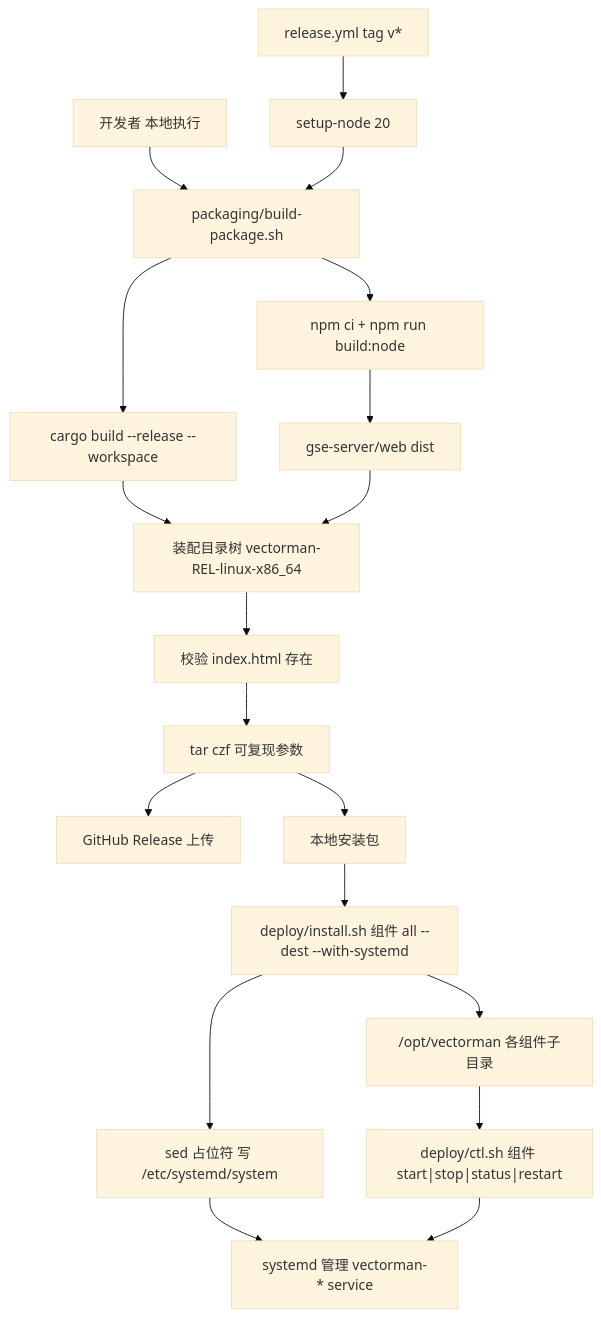
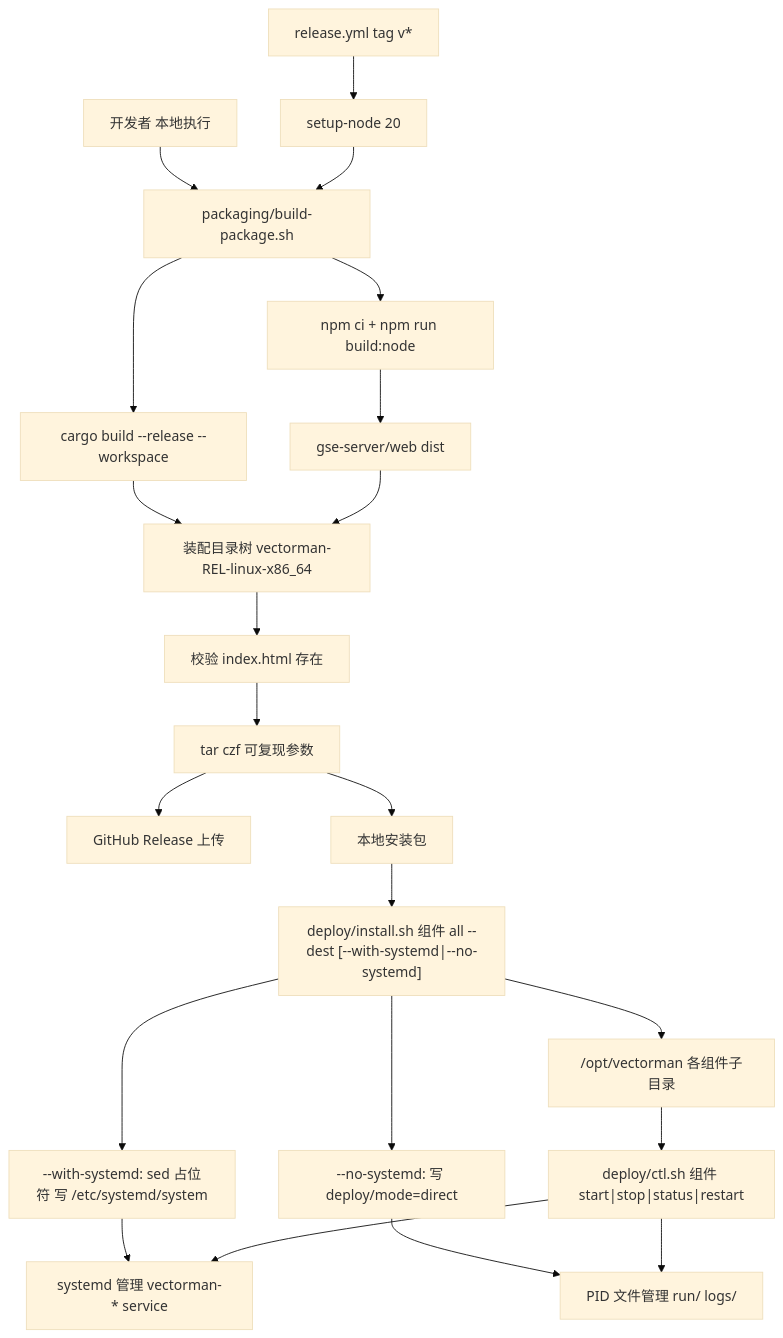
The diagram in .monkeycode/specs/deploy-packaging/design.md (abrance/vectorman), drawn with Mermaid (base theme) before and after one commit. The commit also changed other lines of this file and 4 other files, not shown here.

Commit message:
fix: gse-server accept 异常隔离 + install/ctl 增加无 systemd direct 模式 Co-authored-by: monkeycode-ai <monkeycode-ai@chaitin.com>

````diff
--- a/.monkeycode/specs/deploy-packaging/design.md
+++ b/.monkeycode/specs/deploy-packaging/design.md
@@ -12,21 +12,24 @@
 ```mermaid
 graph TD
     DEV["开发者 本地执行"] --> BP["packaging/build-package.sh"]
     CI["release.yml tag v*"] --> NODE["setup-node 20"]
     NODE --> BP
     BP --> CARGO["cargo build --release --workspace"]
     BP --> NPM["npm ci + npm run build:node"]
     CARGO --> TREE["装配目录树 vectorman-REL-linux-x86_64"]
     NPM --> WEBD["gse-server/web dist"]
     WEBD --> TREE
     TREE --> VERIFY["校验 index.html 存在"]
     VERIFY --> TAR["tar czf 可复现参数"]
     TAR --> GH["GitHub Release 上传"]
     TAR --> LOCALPKG["本地安装包"]
-    LOCALPKG --> INST["deploy/install.sh 组件 all --dest --with-systemd"]
+    LOCALPKG --> INST["deploy/install.sh 组件 all --dest [--with-systemd|--no-systemd]"]
     INST --> ROOT["/opt/vectorman 各组件子目录"]
-    INST --> UNITD["sed 占位符 写 /etc/systemd/system"]
+    INST --> UNITD["--with-systemd: sed 占位符 写 /etc/systemd/system"]
+    INST --> MODE["--no-systemd: 写 deploy/mode=direct"]
     ROOT --> CTL["deploy/ctl.sh 组件 start|stop|status|restart"]
     UNITD --> SYSD["systemd 管理 vectorman-* service"]
+    MODE --> DIRECT["PID 文件管理 run/ logs/"]
     CTL --> SYSD
+    CTL --> DIRECT
 ```
````
